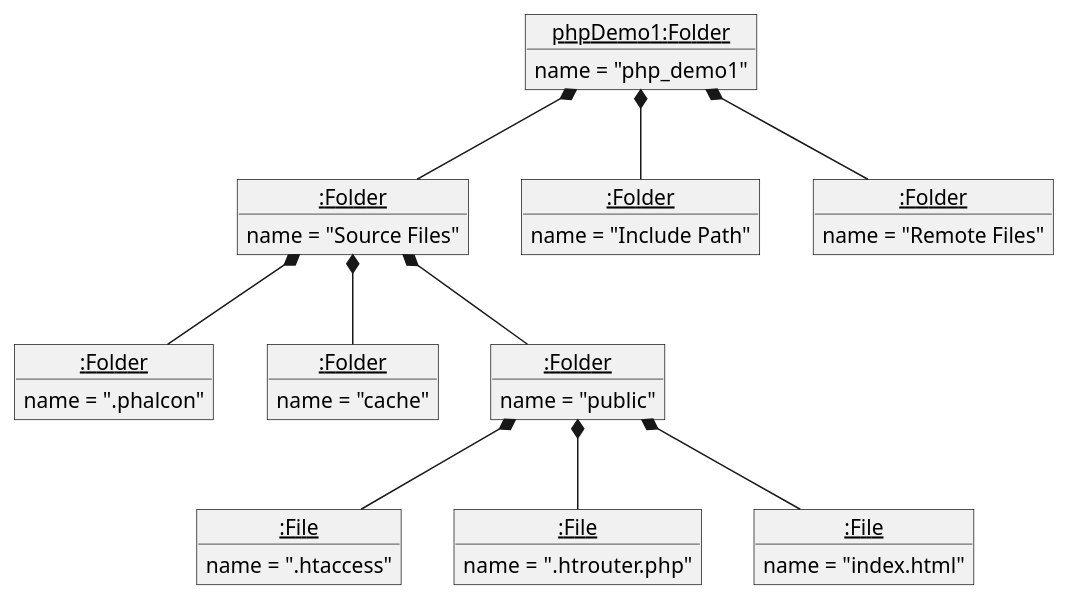
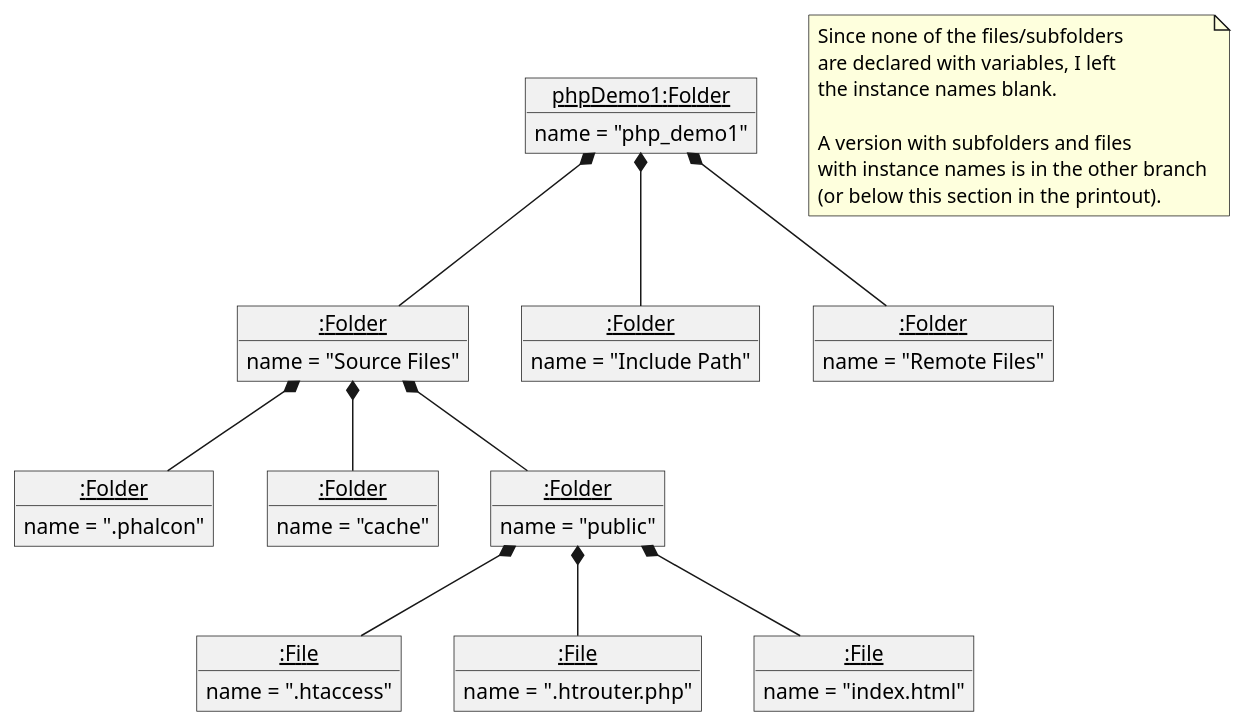
One commit to Simon-D-Nguyen/CS-4800HW3 changed the diagram in ObjectDiagrams/Composition.puml. Above: the diagram before and after it, drawn with PlantUML.

Commit message:
Added ntoe to composition for the object diagrams

```diff
--- a/ObjectDiagrams/Composition.puml
+++ b/ObjectDiagrams/Composition.puml
@@ -1,57 +1,66 @@
 @startuml
 'https://plantuml.com/object-diagram
 
 object "<u>phpDemo1:Folder</u>" as root {
 name = "php_demo1"
 }
 object "<u>:Folder</u>" as sourceFiles {
 name = "Source Files"
 }
 
 root *-- sourceFiles
 
 object "<u>:Folder</u>" as includePath{
 name = "Include Path"
 }
 
 root *-- includePath
 
 object "<u>:Folder</u>" as remoteFiles {
 name = "Remote Files"
 }
 
 root *-- remoteFiles
 
 
 
 object "<u>:Folder</u>" as phalcon {
 name = ".phalcon"
 }
 object "<u>:Folder</u>" as cache {
 name = "cache"
 }
 object "<u>:Folder</u>" as public {
 name = "public"
 }
 
 sourceFiles *-- phalcon
 sourceFiles *--cache
 sourceFiles *-- public
 
 
 object "<u>:File</u>" as htaccess {
 name = ".htaccess"
 }
 object "<u>:File</u>" as htrouter {
 name = ".htrouter.php"
 }
 object "<u>:File</u>" as index {
 name = "index.html"
 }
 
 public *-- htaccess
 public *-- htrouter
 public *-- index
 
+note as n1
+    Since none of the files/subfolders
+    are declared with variables, I left
+    the instance names blank.
+
+    A version with subfolders and files
+    with instance names is in the other branch
+    (or below this section in the printout).
+end note
 
 @enduml
```
